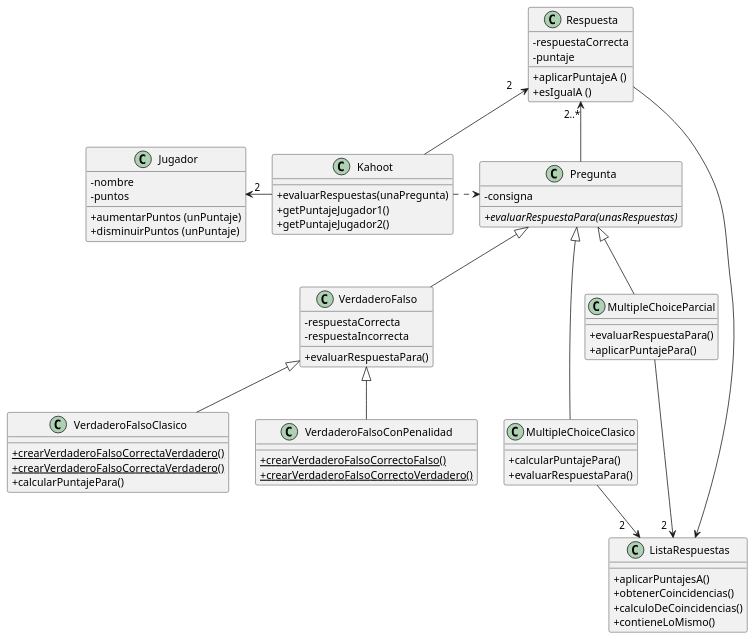
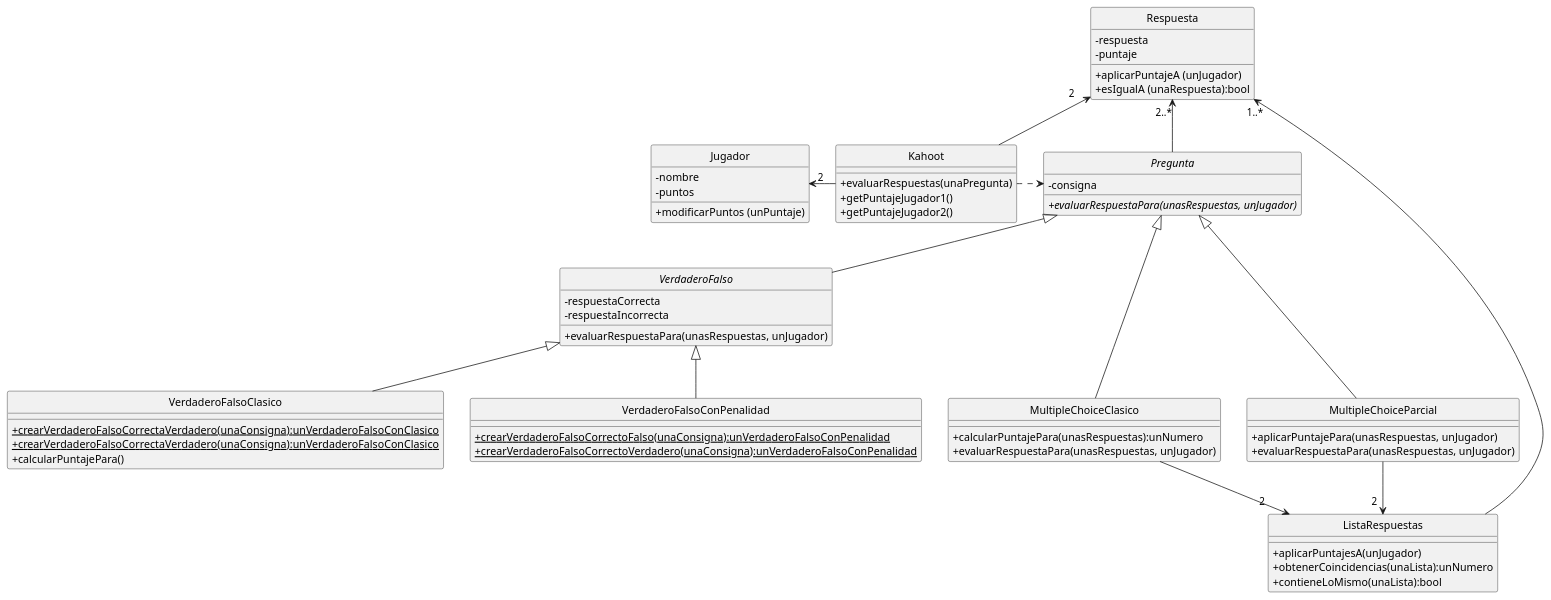
The diagram in src/DiagramaDeClases-Entrega1.puml (Tomymanoukian/AyPIII_TP2), drawn with PlantUML before and after one commit.

Commit message:
Docs: Agrego especificaciones de los métodos

```diff
--- a/src/DiagramaDeClases-Entrega1.puml
+++ b/src/DiagramaDeClases-Entrega1.puml
@@ -1,89 +1,81 @@
 @startuml
 
 skinparam classAttributeIconSize 0
 skinparam shadowing false
+hide circle
 
 class Jugador {
--nombre
--puntos
-+aumentarPuntos (unPuntaje)
-+disminuirPuntos (unPuntaje)
+    -nombre
+    -puntos
+    +modificarPuntos (unPuntaje)
 }
 
 class Kahoot {
-+evaluarRespuestas(unaPregunta)
-+getPuntajeJugador1()
-+getPuntajeJugador2()
+    +evaluarRespuestas(unaPregunta)
+    +getPuntajeJugador1()
+    +getPuntajeJugador2()
 }
 
-class Pregunta {
--consigna
-{abstract}+evaluarRespuestaPara(unasRespuestas)
+abstract class Pregunta {
+    -consigna
+    {abstract}+evaluarRespuestaPara(unasRespuestas, unJugador)
 }
 
 class Respuesta {
--respuestaCorrecta
--puntaje
-+aplicarPuntajeA ()
-+esIgualA ()
+    -respuesta
+    -puntaje
+    +aplicarPuntajeA (unJugador)
+    +esIgualA (unaRespuesta):bool
 }
 
 class ListaRespuestas {
-
-+aplicarPuntajesA()
-+obtenerCoincidencias()
-+calculoDeCoincidencias()
-+contieneLoMismo()
+    +aplicarPuntajesA(unJugador)
+    +obtenerCoincidencias(unaLista):unNumero
+    +contieneLoMismo(unaLista):bool
 }
 
-class VerdaderoFalso {
--respuestaCorrecta
--respuestaIncorrecta
-+evaluarRespuestaPara()
+abstract class VerdaderoFalso {
+    -respuestaCorrecta
+    -respuestaIncorrecta
+    +evaluarRespuestaPara(unasRespuestas, unJugador)
 }
 
 class VerdaderoFalsoClasico {
-+{static}crearVerdaderoFalsoCorrectaVerdadero()
-+{static}crearVerdaderoFalsoCorrectaVerdadero()
-+calcularPuntajePara()
+    +{static}crearVerdaderoFalsoCorrectaVerdadero(unaConsigna):unVerdaderoFalsoConClasico
+    +{static}crearVerdaderoFalsoCorrectaVerdadero(unaConsigna):unVerdaderoFalsoConClasico
+    +calcularPuntajePara()
 }
 
 class VerdaderoFalsoConPenalidad {
-+{static}crearVerdaderoFalsoCorrectoFalso()
-+{static}crearVerdaderoFalsoCorrectoVerdadero()
+    +{static}crearVerdaderoFalsoCorrectoFalso(unaConsigna):unVerdaderoFalsoConPenalidad
+    +{static}crearVerdaderoFalsoCorrectoVerdadero(unaConsigna):unVerdaderoFalsoConPenalidad
 }
 
 class MultipleChoiceClasico {
-+calcularPuntajePara()
-+evaluarRespuestaPara()
+    +calcularPuntajePara(unasRespuestas):unNumero
+    +evaluarRespuestaPara(unasRespuestas, unJugador)
 }
 
 class MultipleChoiceParcial {
-+evaluarRespuestaPara()
-+aplicarPuntajePara()
+    +aplicarPuntajePara(unasRespuestas, unJugador)
+    +evaluarRespuestaPara(unasRespuestas, unJugador)
 }
 
-
 Pregunta <|-- VerdaderoFalso
-Pregunta <|-- MultipleChoiceClasico
-Pregunta <|-- MultipleChoiceParcial
+Pregunta <|--- MultipleChoiceClasico
+Pregunta <|--- MultipleChoiceParcial
 
 MultipleChoiceClasico --> "2    " ListaRespuestas
 MultipleChoiceParcial --> "2  " ListaRespuestas
 
 VerdaderoFalso <|-- VerdaderoFalsoClasico
 VerdaderoFalso <|-- VerdaderoFalsoConPenalidad
 
 Jugador " 2" <- Kahoot
 Respuesta "2..*" <-- Pregunta
 Kahoot .> Pregunta
 Respuesta "2    " <-- Kahoot
 
-Respuesta -----> ListaRespuestas
-
-together {
-class MultipleChoiceClasico
-class MultipleChoiceParcial
-}
+Respuesta " 1..*" <----- ListaRespuestas
 
 @enduml
```
